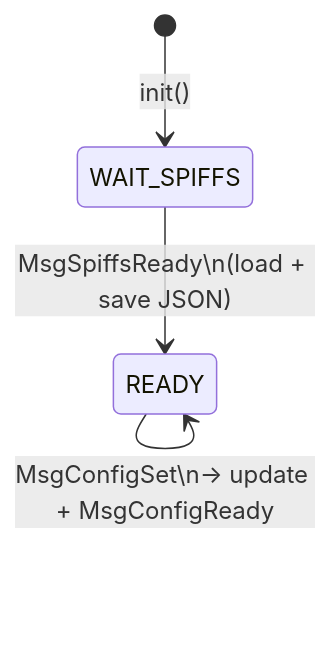
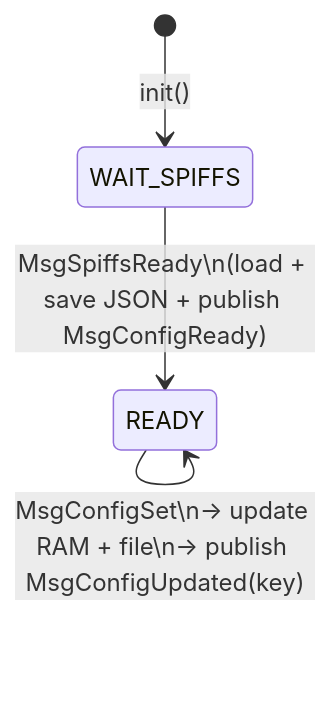
Before and after one commit to chathuranga1931/ferp-message-que-com-fw: the first of 12 diagrams in documents/HSYS FW User Manual.md, drawn with Mermaid. The commit also changed other lines of this file and 21 other files, not shown here.

````diff
--- a/documents/HSYS FW User Manual.md
+++ b/documents/HSYS FW User Manual.md
@@ -438,7 +449,7 @@
 ```mermaid
 stateDiagram-v2
     [*] --> WAIT_SPIFFS : init()
-    WAIT_SPIFFS --> READY : MsgSpiffsReady\n(load + save JSON)
+    WAIT_SPIFFS --> READY : MsgSpiffsReady\n(load + save JSON + publish MsgConfigReady)
     READY --> READY : MsgConfigGetWifi / GetCloud / GetMqtt / GetOta\n→ DIRECT response
-    READY --> READY : MsgConfigSet\n→ update + MsgConfigReady
+    READY --> READY : MsgConfigSet\n→ update RAM + file\n→ publish MsgConfigUpdated(key)
 ```
````
